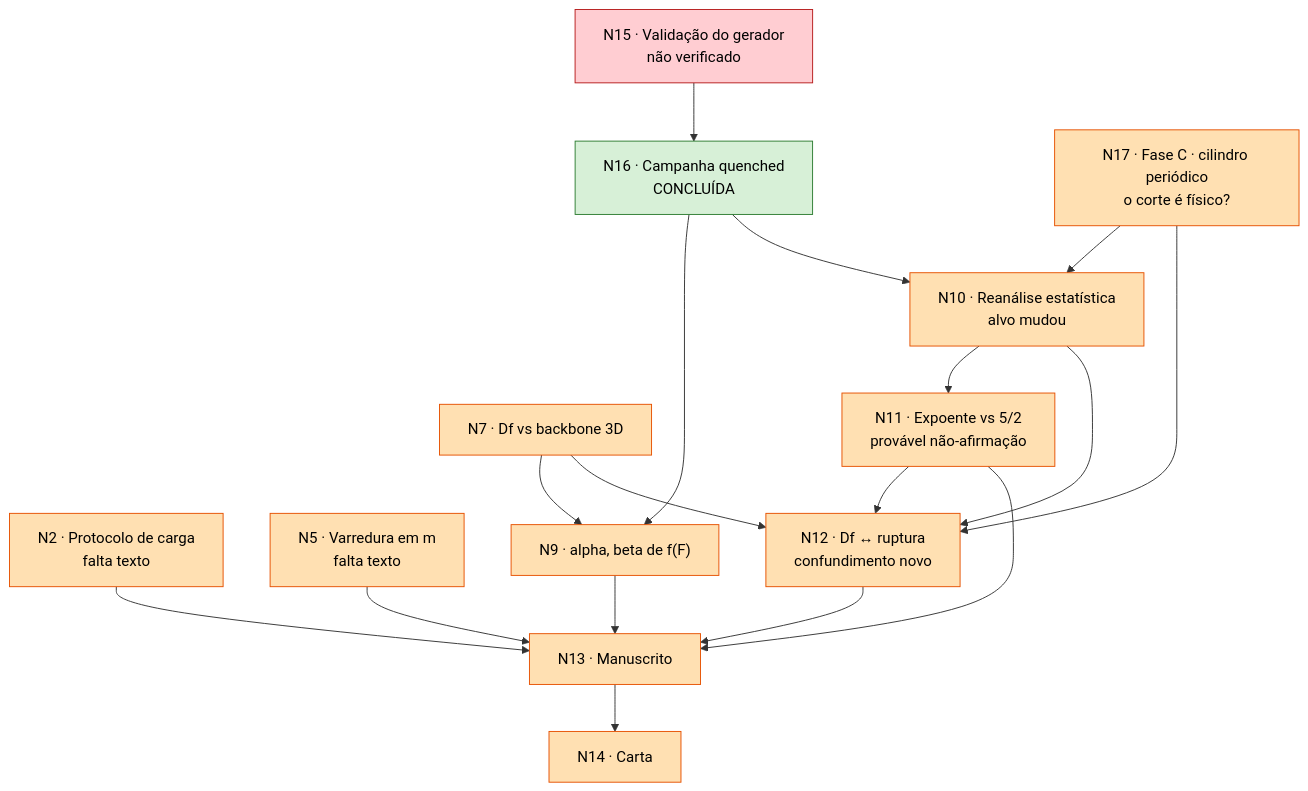
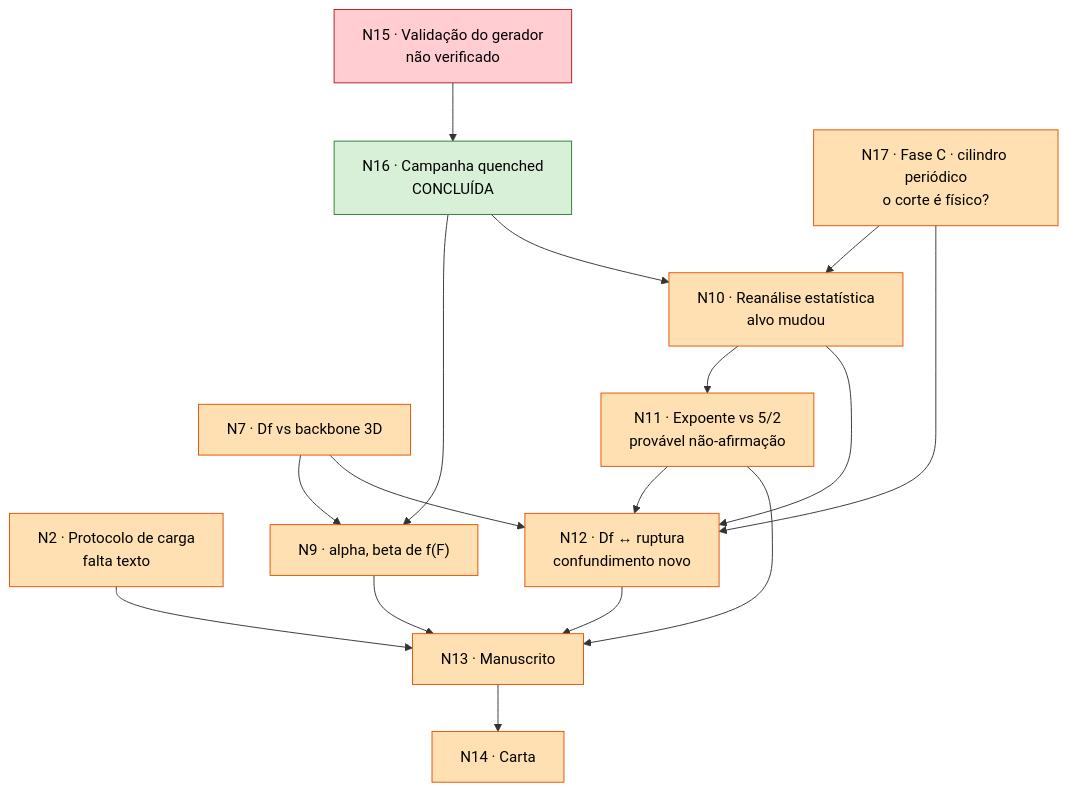
The diagram in Reviews/Estado_revisao_ER12738.md (michaelsouza/dla-collagen), drawn with Mermaid before and after one commit. The commit also changed other lines of this file and 8 other files, not shown here.

````diff
--- a/Reviews/Estado_revisao_ER12738.md
+++ b/Reviews/Estado_revisao_ER12738.md
@@ -38,39 +38,37 @@
 ```mermaid
 graph TD
   N15["N15 · Validação do gerador<br/>não verificado"]
   N16["N16 · Campanha quenched<br/>CONCLUÍDA"]
   N17["N17 · Fase C · cilindro periódico<br/>o corte é físico?"]
   N2["N2 · Protocolo de carga<br/>falta texto"]
-  N5["N5 · Varredura em m<br/>falta texto"]
   N7["N7 · Df vs backbone 3D"]
   N9["N9 · alpha, beta de f(F)"]
   N10["N10 · Reanálise estatística<br/>alvo mudou"]
   N11["N11 · Expoente vs 5/2<br/>provável não-afirmação"]
   N12["N12 · Df ↔ ruptura<br/>confundimento novo"]
   N13["N13 · Manuscrito"]
   N14["N14 · Carta"]
 
   N15 --> N16
   N16 --> N9
   N16 --> N10
   N17 --> N10
   N17 --> N12
   N7 --> N9
   N7 --> N12
   N10 --> N11
   N10 --> N12
   N11 --> N12
   N2 --> N13
-  N5 --> N13
   N9 --> N13
   N11 --> N13
   N12 --> N13
   N13 --> N14
 
   classDef feito fill:#d7f0d7,stroke:#2e7d32,color:#000;
   classDef aberto fill:#ffe0b2,stroke:#e65100,color:#000;
   classDef critico fill:#ffcdd2,stroke:#b71c1c,color:#000;
   class N16 feito;
-  class N2,N5,N7,N9,N10,N11,N12,N13,N14,N17 aberto;
+  class N2,N7,N9,N10,N11,N12,N13,N14,N17 aberto;
   class N15 critico;
 ```
````
